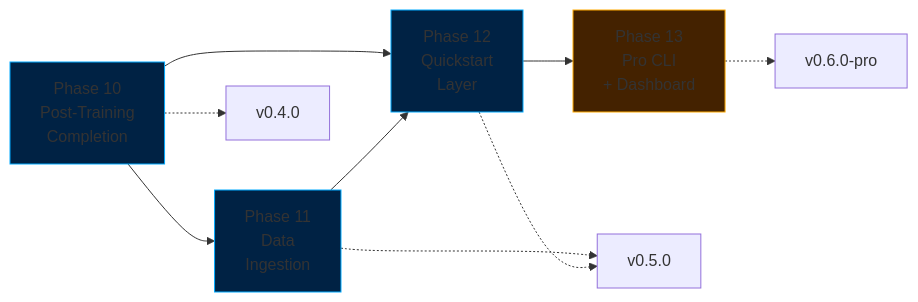
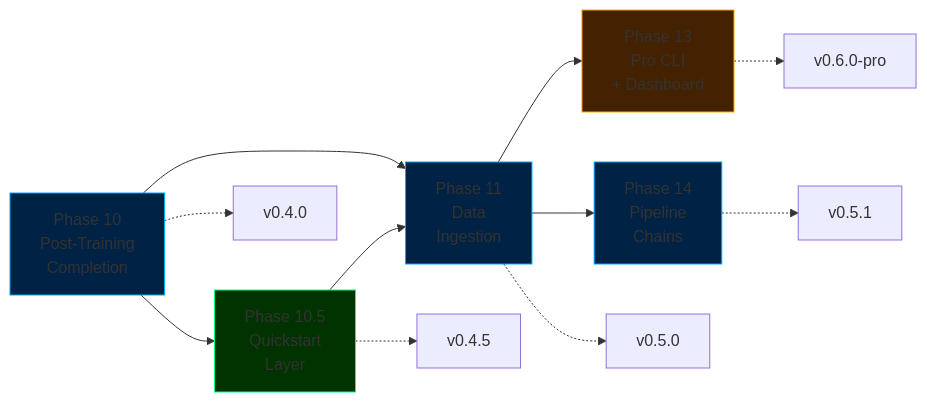
The diagram in docs/roadmap.md (cemililik/ForgeLM), drawn with Mermaid before and after one commit. The commit also changed other lines of this file and 36 other files, not shown here.

````diff
--- a/docs/roadmap.md
+++ b/docs/roadmap.md
@@ -19,17 +23,20 @@
 ```mermaid
 graph LR
-    P10[Phase 10<br/>Post-Training<br/>Completion] --> P11[Phase 11<br/>Data<br/>Ingestion]
-    P10 --> P12[Phase 12<br/>Quickstart<br/>Layer]
-    P11 --> P12
-    P12 --> P13[Phase 13<br/>Pro CLI<br/>+ Dashboard]
+    P10[Phase 10<br/>Post-Training<br/>Completion] --> P105[Phase 10.5<br/>Quickstart<br/>Layer]
+    P10 --> P11[Phase 11<br/>Data<br/>Ingestion]
+    P105 --> P11
+    P11 --> P13[Phase 13<br/>Pro CLI<br/>+ Dashboard]
+    P11 --> P14[Phase 14<br/>Pipeline<br/>Chains]
 
     P10 -.-> V1[v0.4.0]
+    P105 -.-> V15[v0.4.5]
     P11 -.-> V2[v0.5.0]
-    P12 -.-> V2
+    P14 -.-> V25[v0.5.1]
     P13 -.-> V3[v0.6.0-pro]
 
     style P10 fill:#002244,stroke:#00aaff
+    style P105 fill:#003300,stroke:#00ff88
     style P11 fill:#002244,stroke:#00aaff
-    style P12 fill:#002244,stroke:#00aaff
     style P13 fill:#442200,stroke:#ffaa00
+    style P14 fill:#002244,stroke:#00aaff
 ```
````
